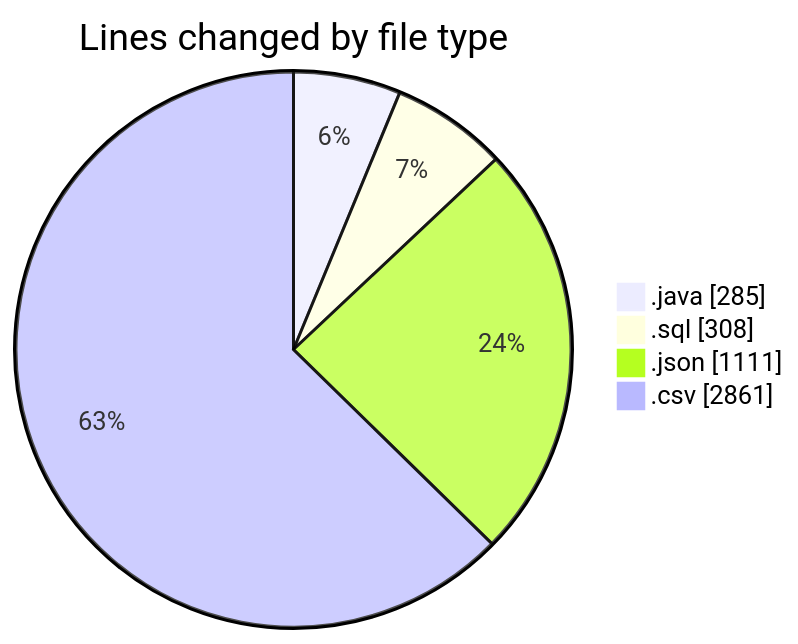
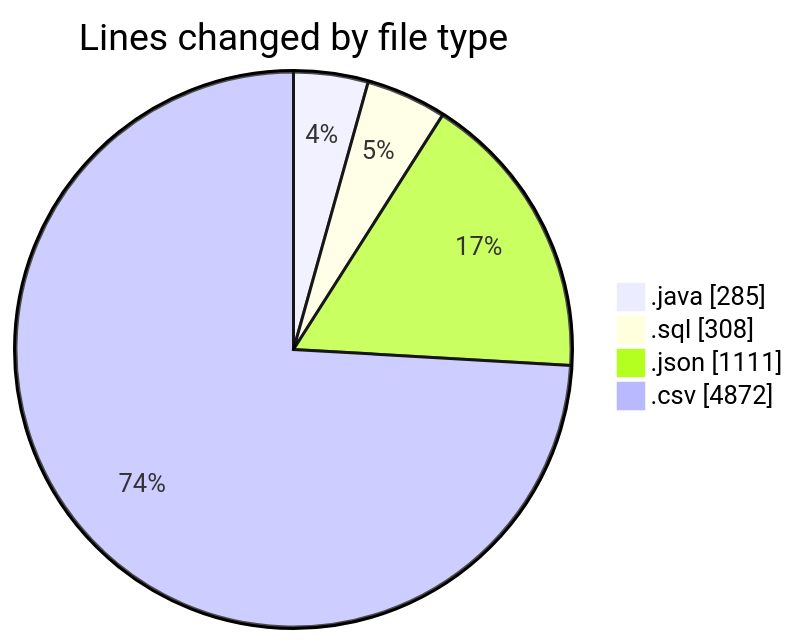
The first of 2 diagrams in 2026-06-02/cilapp/README.md (ricardozamudiocil/code-tracking), drawn with Mermaid before and after one commit. The commit also changed other lines of this file and 1 other file, not shown here.

````diff
--- a/2026-06-02/cilapp/README.md
+++ b/2026-06-02/cilapp/README.md
@@ -29,8 +30,8 @@
 ```mermaid
 pie showData
 title Lines changed by file type
 ".java" : 285
 ".sql" : 308
 ".json" : 1111
-".csv" : 2861
+".csv" : 4872
 ```
````
